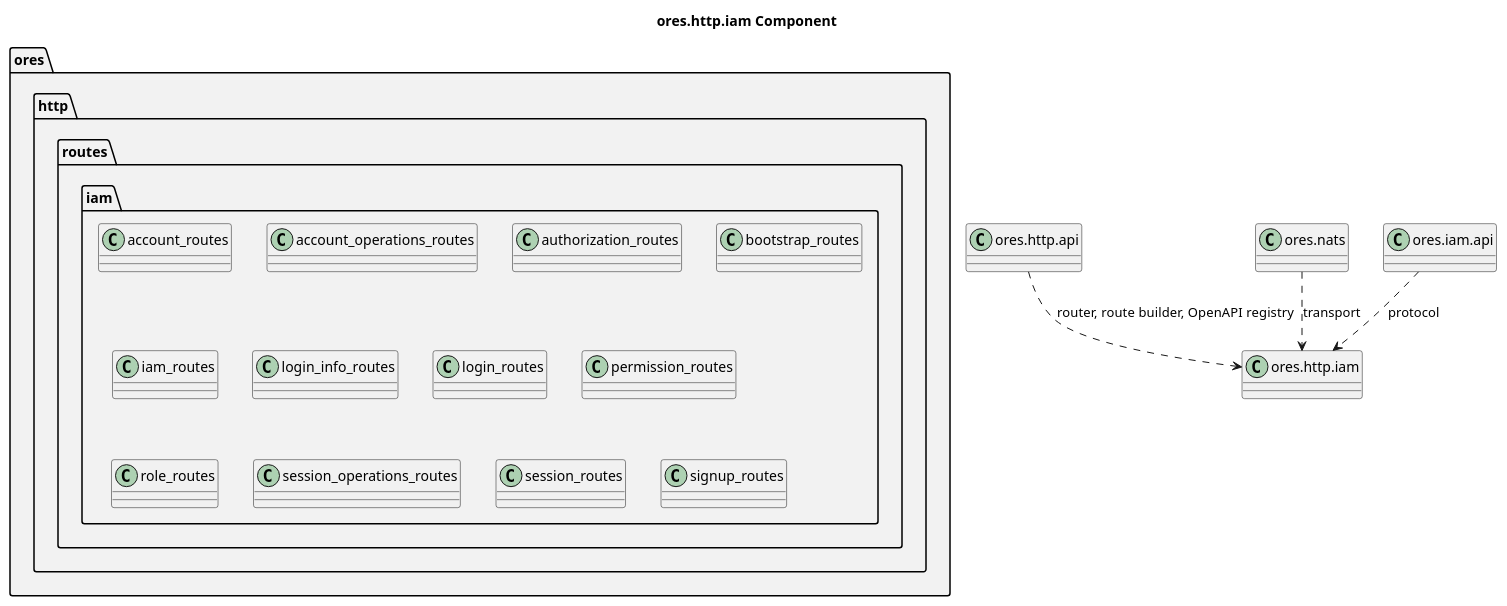
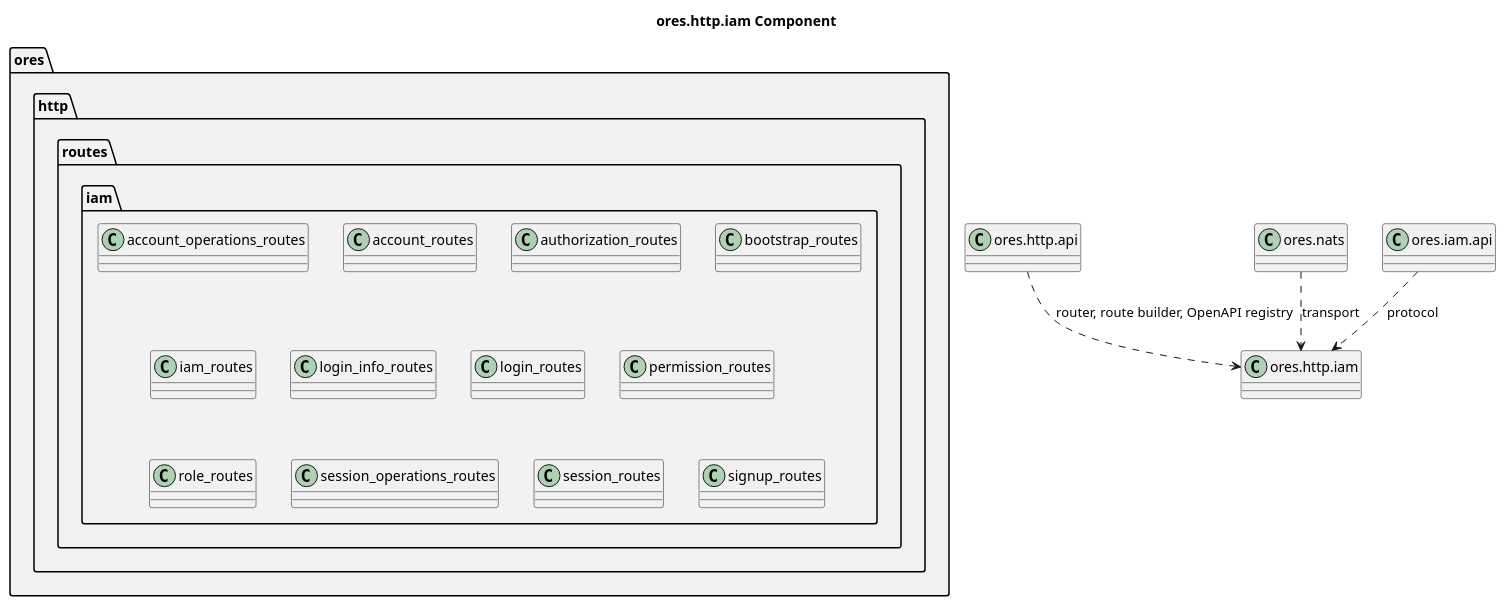
One commit to OreStudio/OreStudio changed the diagram in projects/ores.http/iam/modeling/ores.http.iam.puml. Above: the diagram before and after it, drawn with PlantUML. The commit also changed other lines of this file and 36 other files, not shown here.

```diff
--- a/projects/ores.http/iam/modeling/ores.http.iam.puml
+++ b/projects/ores.http/iam/modeling/ores.http.iam.puml
@@ -18,49 +18,49 @@
 @startuml
 
 title ores.http.iam Component
 
 set namespaceSeparator ::
 
 namespace ores #F2F2F2 {
     namespace http #F2F2F2 {
         namespace routes #F2F2F2 {
             namespace iam #F2F2F2 {
+                class account_operations_routes {
+                }
                 class account_routes {
-                }
-                class account_operations_routes {
                 }
                 class authorization_routes {
                 }
                 class bootstrap_routes {
                 }
                 class iam_routes {
                 }
                 class login_info_routes {
                 }
                 class login_routes {
                 }
                 class permission_routes {
                 }
                 class role_routes {
                 }
                 class session_operations_routes {
                 }
                 class session_routes {
                 }
                 class signup_routes {
                 }
             }
         }
     }
 }
 
 ' --- manual: everything below this line is hand-authored; the script preserves it ---
 
 ores.http.api ..> ores.http.iam : router, route builder, OpenAPI registry
 ores.nats ..> ores.http.iam : transport
 ores.iam.api ..> ores.http.iam : protocol
 
 ' Local Variables:
 ' compile-command: "java -Djava.awt.headless=true -DPLANTUML_SECURITY_PROFILE=UNSECURE -DPLANTUML_LIMIT_SIZE=65535 -jar /usr/share/plantuml/plantuml.jar ores.http.iam.puml"
 ' End:
 @enduml
```
